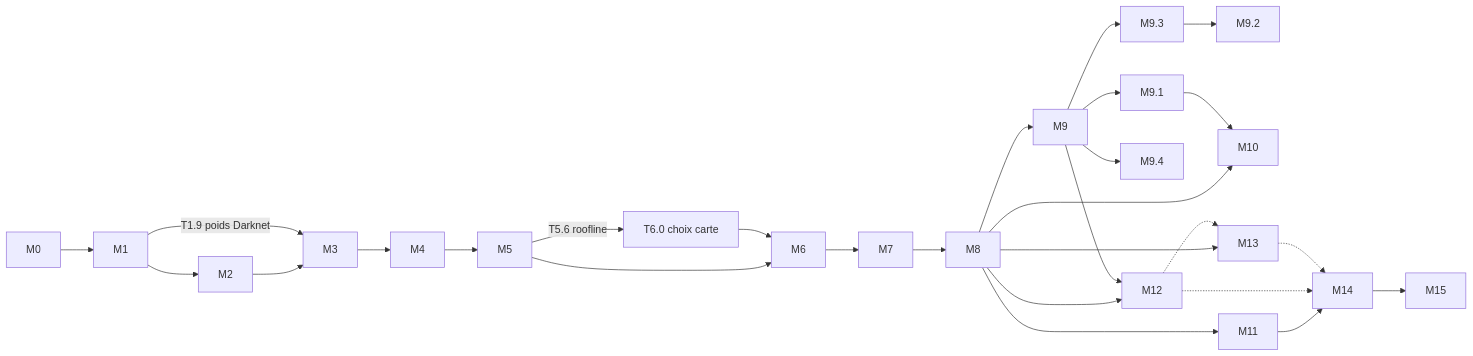
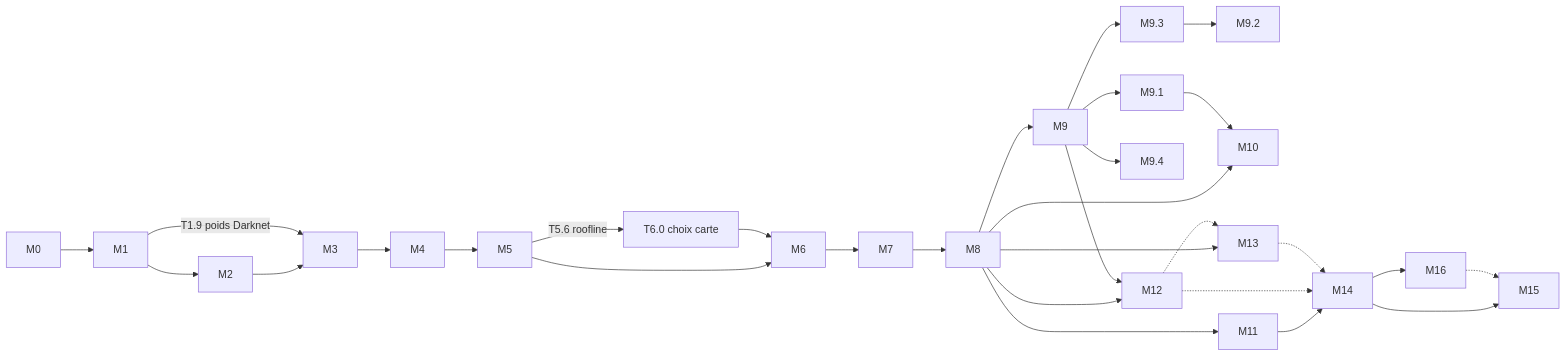
One commit to lrivals/EmbeddedComputervision changed the diagram in docs/tasks/README.md. Above: the diagram before and after it, drawn with Mermaid. The commit also changed other lines of this file and 10 other files, not shown here.

````diff
--- a/docs/tasks/README.md
+++ b/docs/tasks/README.md
@@ -36,21 +37,23 @@
 ```mermaid
 graph LR
   M0 --> M1 --> M2 --> M3
   M1 -- "T1.9 poids Darknet" --> M3
   M3 --> M4 --> M5 --> M6 --> M7 --> M8
   M5 -- "T5.6 roofline" --> T60["T6.0 choix carte"] --> M6
   M8 --> M9
   M9 --> M91[M9.1] & M93[M9.3] & M94[M9.4]
   M93 --> M92[M9.2]
   M8 --> M10[M10]
   M91 --> M10
   M8 --> M11[M11]
   M8 --> M12[M12]
   M9 --> M12
   M8 --> M13[M13]
   M12 -.-> M13
   M11 --> M14[M14]
   M12 -.-> M14
   M13 -.-> M14
   M14 --> M15[M15]
+  M14 --> M16[M16]
+  M16 -.-> M15
 ```
````
